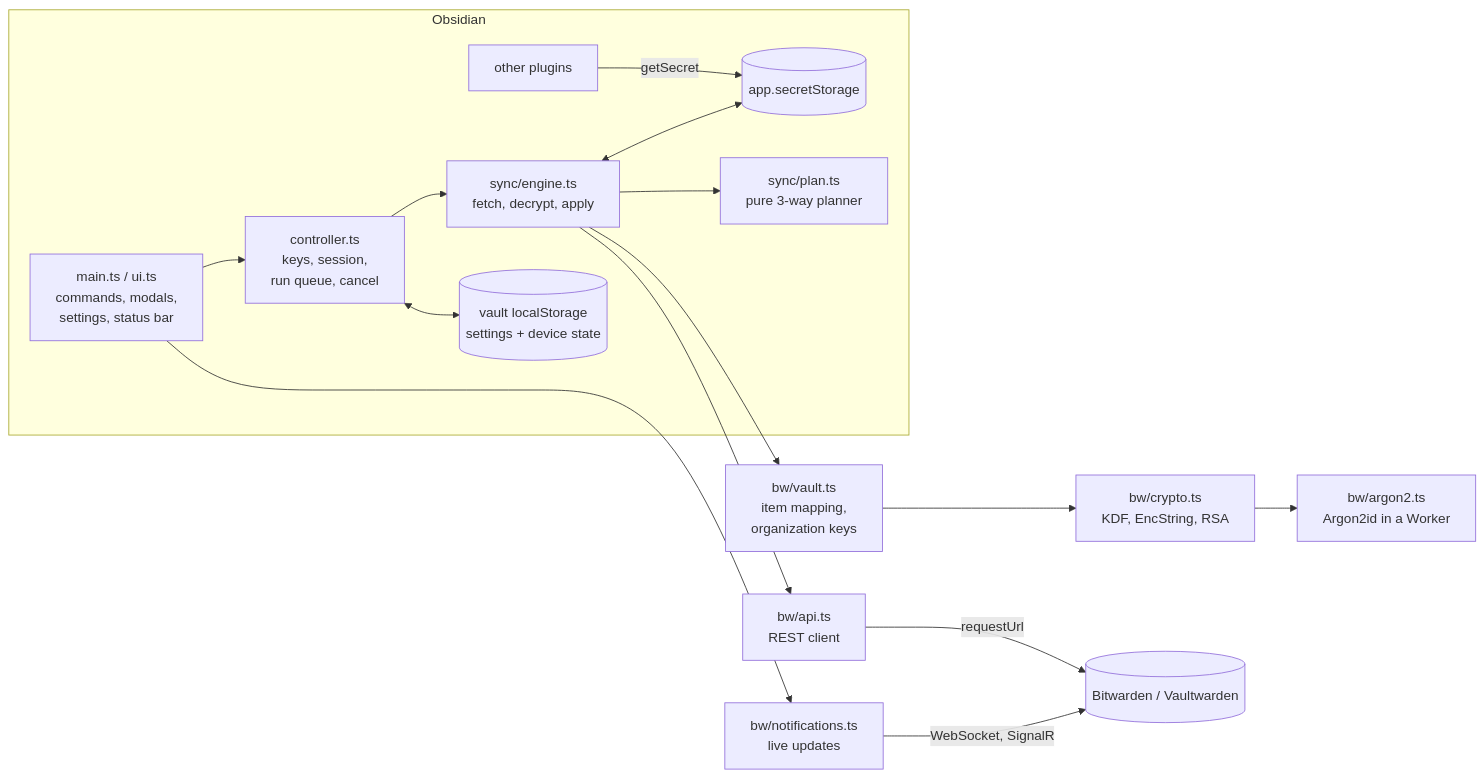
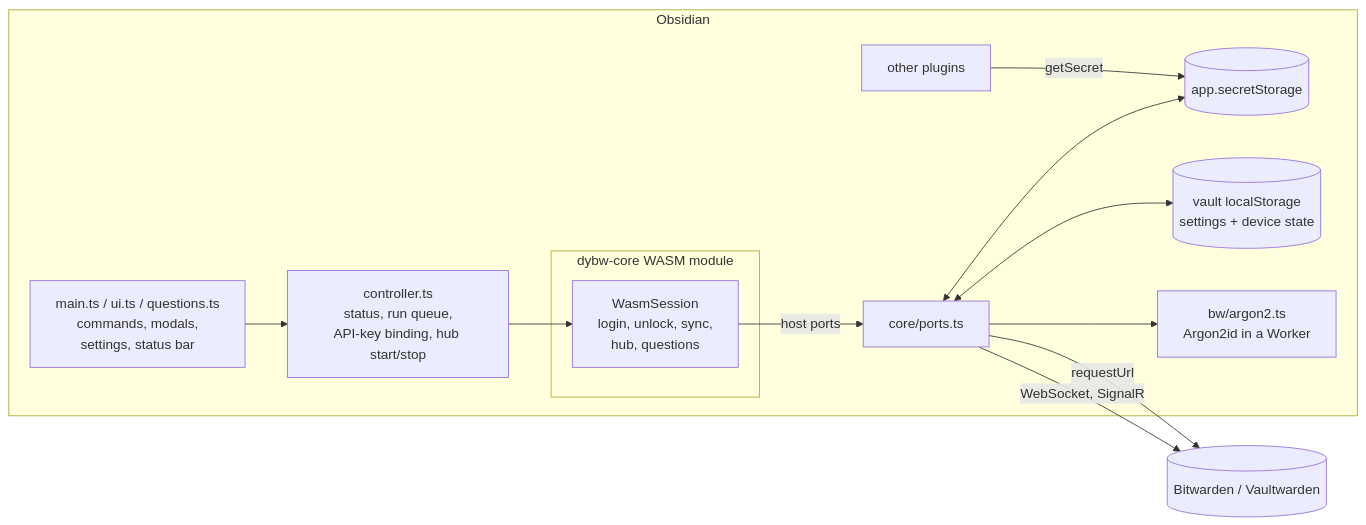
Before and after one commit to dynamotn/obsidian-keychain-bitwarden: the diagram in docs/design.md, drawn with Mermaid. The commit also changed other lines of this file and 1 other file, not shown here.

First line of the commit message:
docs: the plugin on dybw-core, data model 1.6

````diff
--- a/docs/design.md
+++ b/docs/design.md
@@ -95,18 +108,17 @@
 ```mermaid
 flowchart LR
   subgraph Obsidian
     P[other plugins] -- getSecret --> SS[(app.secretStorage)]
-    UI[main.ts / ui.ts<br/>commands, modals,<br/>settings, status bar] --> C
-    C[controller.ts<br/>keys, session,<br/>run queue, cancel] --> E
-    E[sync/engine.ts<br/>fetch, decrypt, apply] --> PL[sync/plan.ts<br/>pure 3-way planner]
-    E <--> SS
-    C <--> LS[(vault localStorage<br/>settings + device state)]
+    UI[main.ts / ui.ts / questions.ts<br/>commands, modals,<br/>settings, status bar] --> C
+    C[controller.ts<br/>status, run queue,<br/>API-key binding, hub start/stop] --> WS
+    subgraph WASM[dybw-core WASM module]
+      WS[WasmSession<br/>login, unlock, sync,<br/>hub, questions]
+    end
+    WS -- host ports --> PO[core/ports.ts]
+    PO <--> SS
+    PO <--> LS[(vault localStorage<br/>settings + device state)]
+    PO --> W[bw/argon2.ts<br/>Argon2id in a Worker]
   end
-  E --> V[bw/vault.ts<br/>item mapping,<br/>organization keys]
-  V --> K[bw/crypto.ts<br/>KDF, EncString, RSA]
-  K --> W[bw/argon2.ts<br/>Argon2id in a Worker]
-  E --> A[bw/api.ts<br/>REST client]
-  A -- requestUrl --> BW[(Bitwarden / Vaultwarden)]
-  UI --> H[bw/notifications.ts<br/>live updates]
-  H -- WebSocket, SignalR --> BW
+  PO -- requestUrl --> BW[(Bitwarden / Vaultwarden)]
+  PO -- WebSocket, SignalR --> BW
 ```
````
